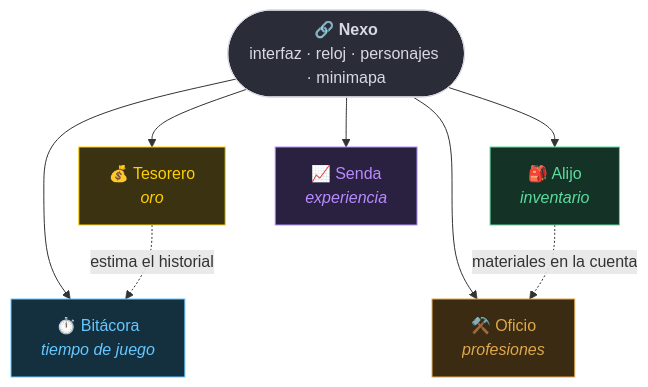
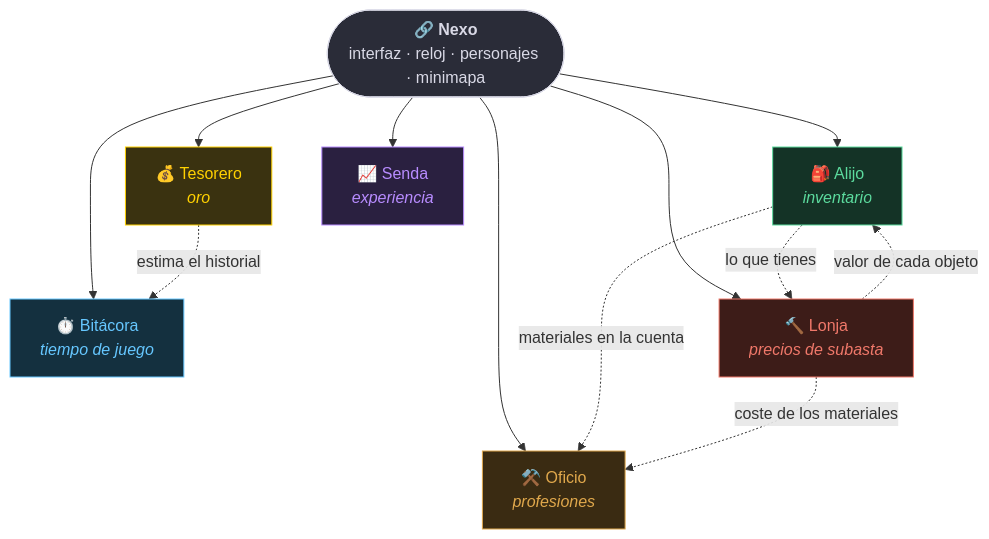
Before and after one commit to marmol89/nexo: the diagram in README.md, drawn with Mermaid. The commit also changed other lines of this file and 10 other files, not shown here.

First line of the commit message:
Lonja: precios de la casa de subastas sobre Nexo

````diff
--- a/README.md
+++ b/README.md
@@ -38,18 +39,23 @@
 ```mermaid
 flowchart TD
     N(["🔗 <b>Nexo</b><br>interfaz · reloj · personajes · minimapa"])
     N --> T["💰 Tesorero<br><i>oro</i>"]
     N --> B["⏱️ Bitácora<br><i>tiempo de juego</i>"]
     N --> A["🎒 Alijo<br><i>inventario</i>"]
     N --> S["📈 Senda<br><i>experiencia</i>"]
     N --> O["⚒️ Oficio<br><i>profesiones</i>"]
+    N --> L["🔨 Lonja<br><i>precios de subasta</i>"]
     T -. "estima el historial" .-> B
     A -. "materiales en la cuenta" .-> O
+    A -. "lo que tienes" .-> L
+    L -. "coste de los materiales" .-> O
+    L -. "valor de cada objeto" .-> A
 
     style N fill:#2a2c38,stroke:#d9d9e6,color:#d9d9e6
     style T fill:#3a3210,stroke:#ffd100,color:#ffd100
     style B fill:#14303f,stroke:#66c7ff,color:#66c7ff
     style A fill:#143326,stroke:#5cdb9e,color:#5cdb9e
     style S fill:#2a2040,stroke:#b88cff,color:#b88cff
     style O fill:#3a2b12,stroke:#e0a84c,color:#e0a84c
+    style L fill:#3d1c18,stroke:#f0786a,color:#f0786a
 ```
````
